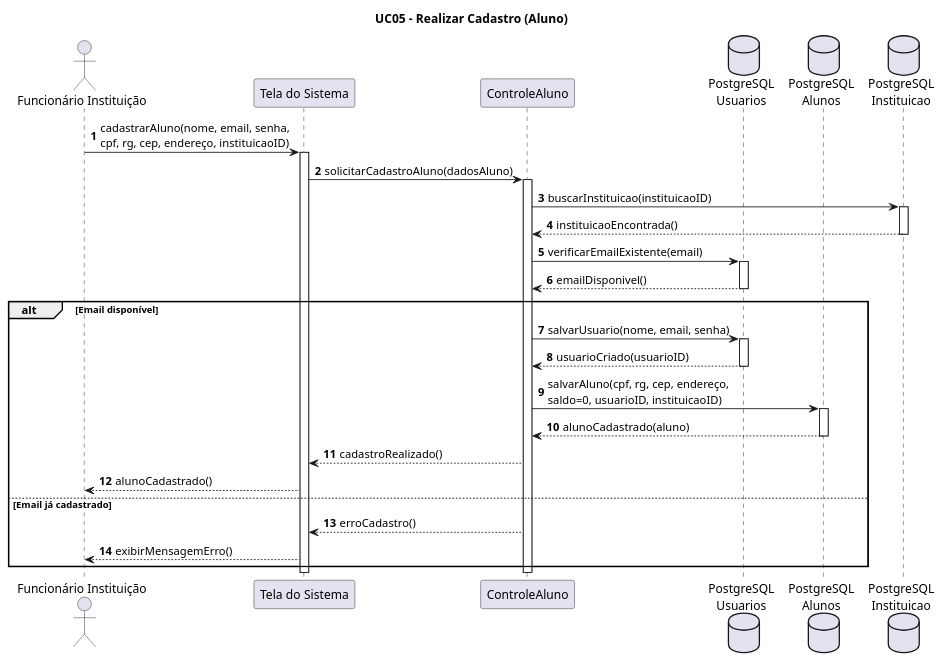
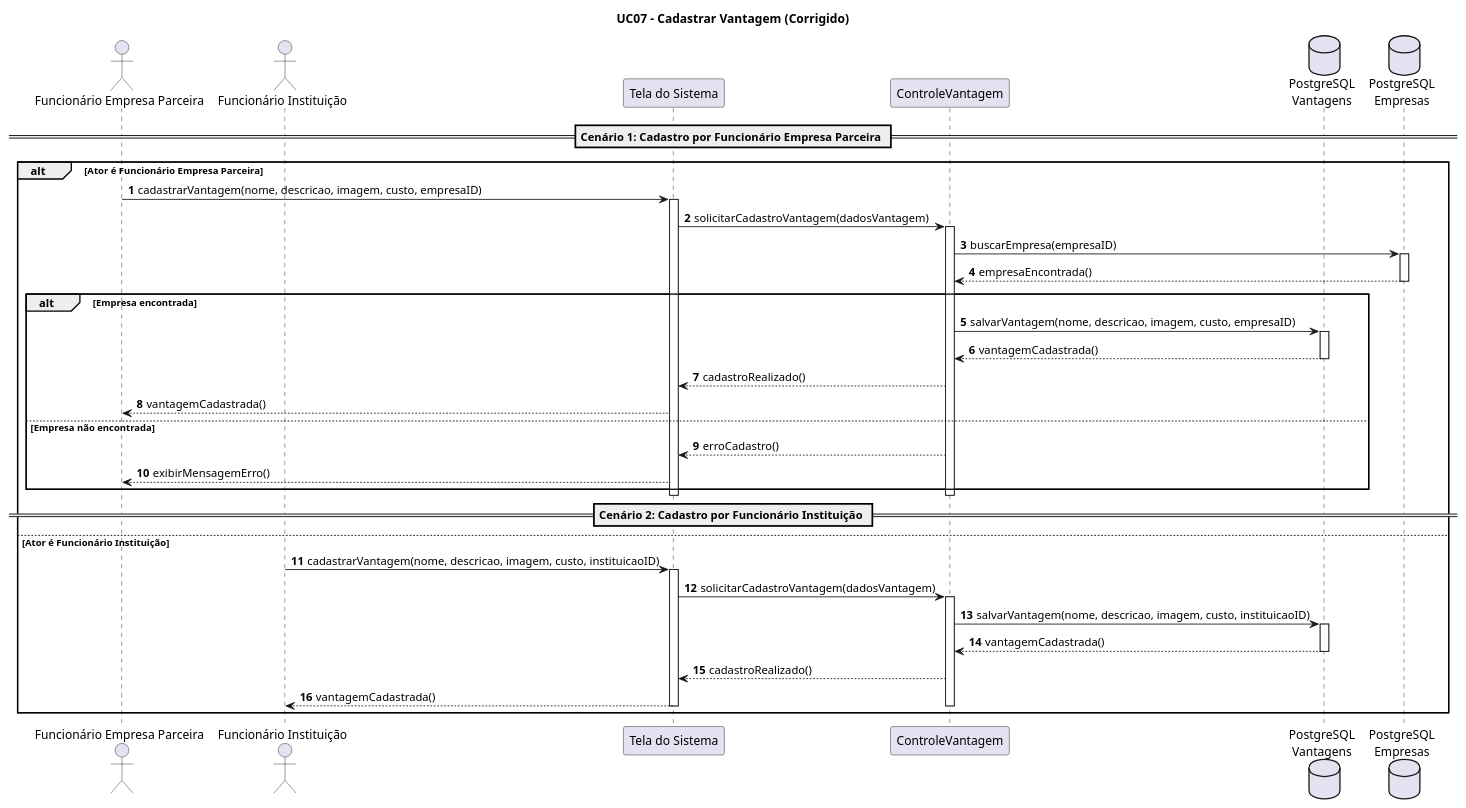
One commit to arturbomtempo-dev/lumen-coin changed the diagram in docs/diagrams/sequence-diagram/source/uc-05.puml. Above: the diagram before and after it, drawn with PlantUML. The commit also changed 3 other files, not shown here.

Commit message:
feat: update sequence diagram for advantage registration and add use case diagram

```diff
--- a/docs/diagrams/sequence-diagram/source/uc-05.puml
+++ b/docs/diagrams/sequence-diagram/source/uc-05.puml
@@ -1,49 +1,59 @@
 @startuml
 
 autonumber
 
-title UC05 - Realizar Cadastro (Aluno)
+title UC07 - Cadastrar Vantagem (Corrigido)
+
+actor "Funcionário Empresa Parceira" as FEP
 actor "Funcionário Instituição" as FI
 participant "Tela do Sistema" as Tela
-participant "ControleAluno" as CA
-database "PostgreSQL\nUsuarios" as DBUsuario
-database "PostgreSQL\nAlunos" as DBAluno
-database "PostgreSQL\nInstituicao" as DBInstituicao
+participant "ControleVantagem" as CV
+database "PostgreSQL\nVantagens" as DBVantagem
+database "PostgreSQL\nEmpresas" as DBEmpresa
 
-FI -> Tela : cadastrarAluno(nome, email, senha,\ncpf, rg, cep, endereço, instituicaoID)
-activate Tela
+== Cenário 1: Cadastro por Funcionário Empresa Parceira ==
+alt Ator é Funcionário Empresa Parceira
+    FEP -> Tela : cadastrarVantagem(nome, descricao, imagem, custo, empresaID)
+    activate Tela
+    Tela -> CV : solicitarCadastroVantagem(dadosVantagem)
+    activate CV
+    
+    CV -> DBEmpresa : buscarEmpresa(empresaID)
+    activate DBEmpresa
+    DBEmpresa --> CV : empresaEncontrada()
+    deactivate DBEmpresa
+    
+    alt Empresa encontrada
+        CV -> DBVantagem : salvarVantagem(nome, descricao, imagem, custo, empresaID)
+        activate DBVantagem
+        DBVantagem --> CV : vantagemCadastrada()
+        deactivate DBVantagem
+        CV --> Tela : cadastroRealizado()
+        Tela --> FEP : vantagemCadastrada()
+    else Empresa não encontrada
+        CV --> Tela : erroCadastro()
+        Tela --> FEP : exibirMensagemErro()
+    end
+    deactivate CV
+    deactivate Tela
 
-Tela -> CA : solicitarCadastroAluno(dadosAluno)
-activate CA
-
-CA -> DBInstituicao : buscarInstituicao(instituicaoID)
-activate DBInstituicao
-DBInstituicao --> CA : instituicaoEncontrada()
-deactivate DBInstituicao
-
-CA -> DBUsuario : verificarEmailExistente(email)
-activate DBUsuario
-DBUsuario --> CA : emailDisponivel()
-deactivate DBUsuario
-
-alt Email disponível
-    CA -> DBUsuario : salvarUsuario(nome, email, senha)
-    activate DBUsuario
-    DBUsuario --> CA : usuarioCriado(usuarioID)
-    deactivate DBUsuario
-
-    CA -> DBAluno : salvarAluno(cpf, rg, cep, endereço,\nsaldo=0, usuarioID, instituicaoID)
-    activate DBAluno
-    DBAluno --> CA : alunoCadastrado(aluno)
-    deactivate DBAluno
-
-    CA --> Tela : cadastroRealizado()
-    Tela --> FI : alunoCadastrado()
-else Email já cadastrado
-    CA --> Tela : erroCadastro()
-    Tela --> FI : exibirMensagemErro()
+== Cenário 2: Cadastro por Funcionário Instituição ==
+else Ator é Funcionário Instituição
+    FI -> Tela : cadastrarVantagem(nome, descricao, imagem, custo, instituicaoID)
+    activate Tela
+    Tela -> CV : solicitarCadastroVantagem(dadosVantagem)
+    activate CV
+    
+    ' Não busca na tabela de empresas parceiras, salva direto atrelando à Instituição
+    CV -> DBVantagem : salvarVantagem(nome, descricao, imagem, custo, instituicaoID)
+    activate DBVantagem
+    DBVantagem --> CV : vantagemCadastrada()
+    deactivate DBVantagem
+    
+    CV --> Tela : cadastroRealizado()
+    Tela --> FI : vantagemCadastrada()
+    deactivate CV
+    deactivate Tela
 end
 
-deactivate CA
-deactivate Tela
 @enduml
```
